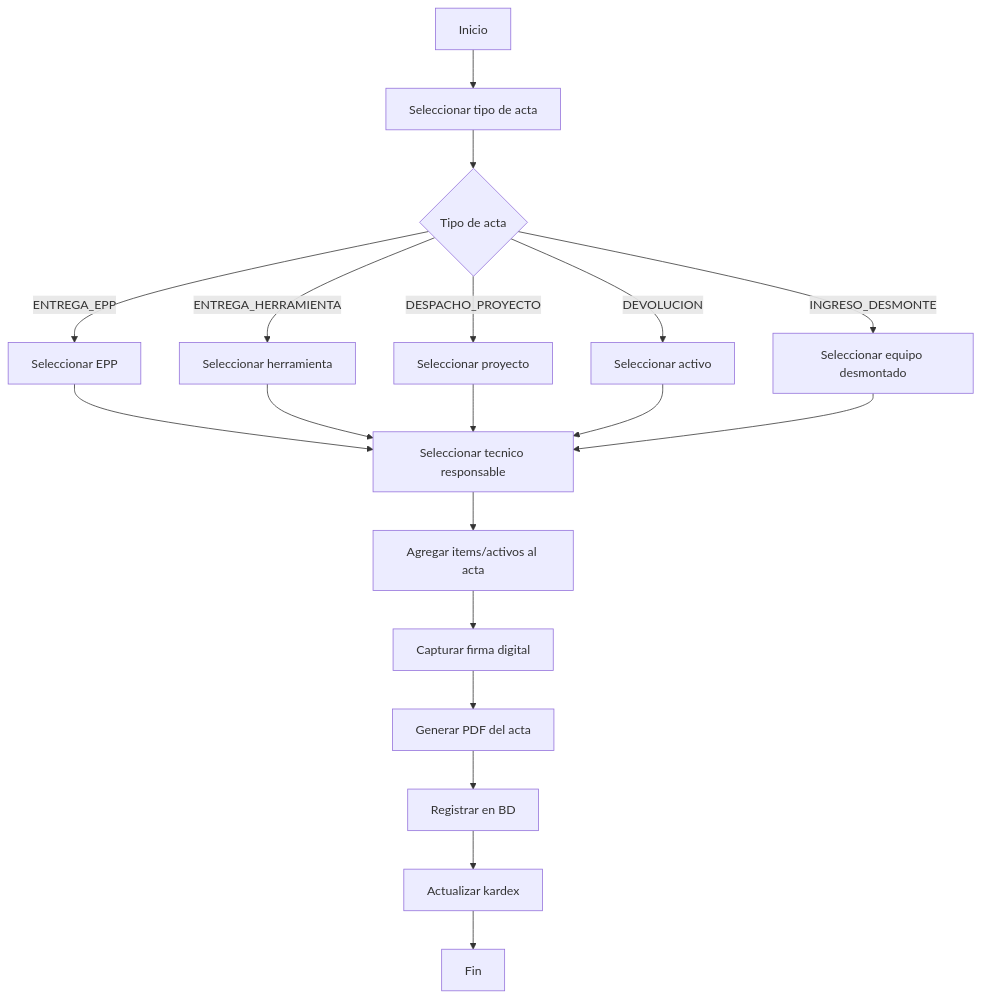
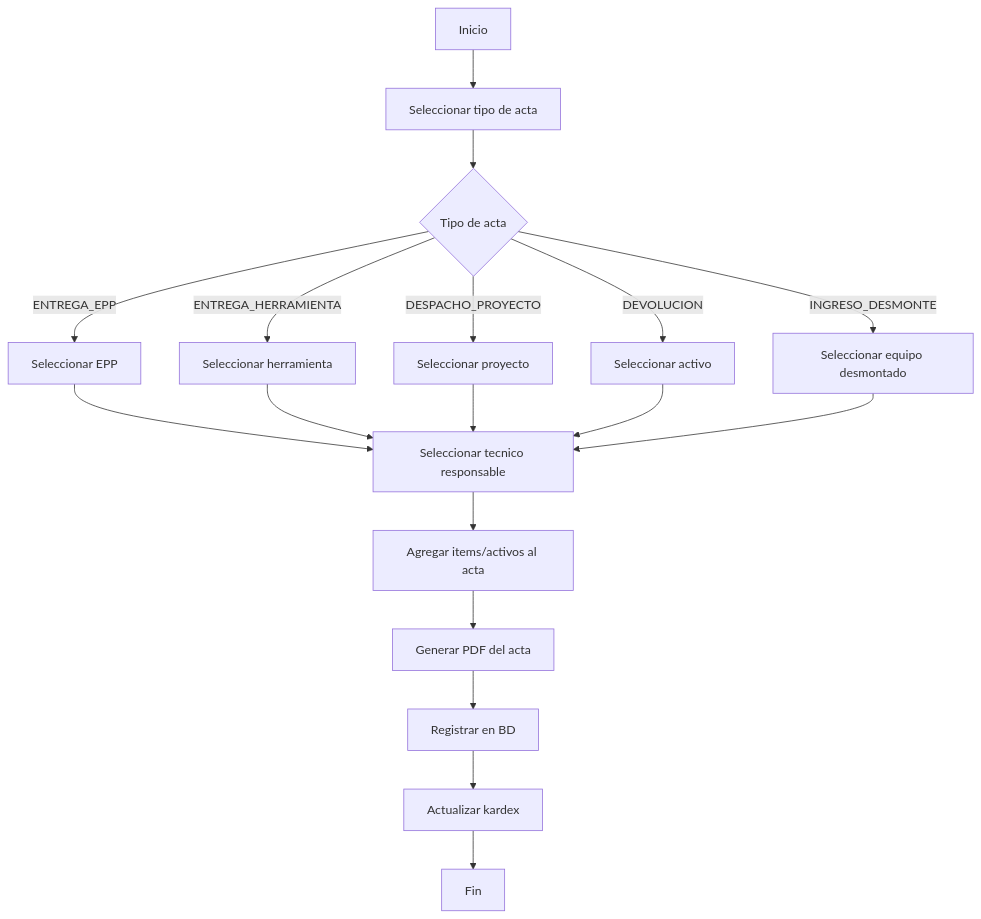
One commit to mrwil82/SIGAI-SES changed the third of 6 diagrams in ENTREGABLES_SIGAI_SES/01_DOCUMENTACION_TECNICA/ARQUITECTURA/02_DIAGRAMAS_FLUJO_Y_PROCESOS.md. Above: the diagram before and after it, drawn with Mermaid. The commit also changed other lines of this file and 54 other files, not shown here.

````diff
--- a/ENTREGABLES_SIGAI_SES/01_DOCUMENTACION_TECNICA/ARQUITECTURA/02_DIAGRAMAS_FLUJO_Y_PROCESOS.md
+++ b/ENTREGABLES_SIGAI_SES/01_DOCUMENTACION_TECNICA/ARQUITECTURA/02_DIAGRAMAS_FLUJO_Y_PROCESOS.md
@@ -174,21 +172,20 @@
 ```mermaid
 flowchart TD
     A[Inicio] --> B[Seleccionar tipo de acta]
     B --> C{Tipo de acta}
     C -->|ENTREGA_EPP| D[Seleccionar EPP]
     C -->|ENTREGA_HERRAMIENTA| E[Seleccionar herramienta]
     C -->|DESPACHO_PROYECTO| F[Seleccionar proyecto]
     C -->|DEVOLUCION| G[Seleccionar activo]
     C -->|INGRESO_DESMONTE| H[Seleccionar equipo desmontado]
     D --> I[Seleccionar tecnico responsable]
     E --> I
     F --> I
     G --> I
     H --> I
     I --> J[Agregar items/activos al acta]
-    J --> K[Capturar firma digital]
-    K --> L[Generar PDF del acta]
-    L --> M[Registrar en BD]
-    M --> N[Actualizar kardex]
-    N --> O[Fin]
+    J --> K[Generar PDF del acta]
+    K --> L[Registrar en BD]
+    L --> M[Actualizar kardex]
+    M --> N[Fin]
 ```
````
